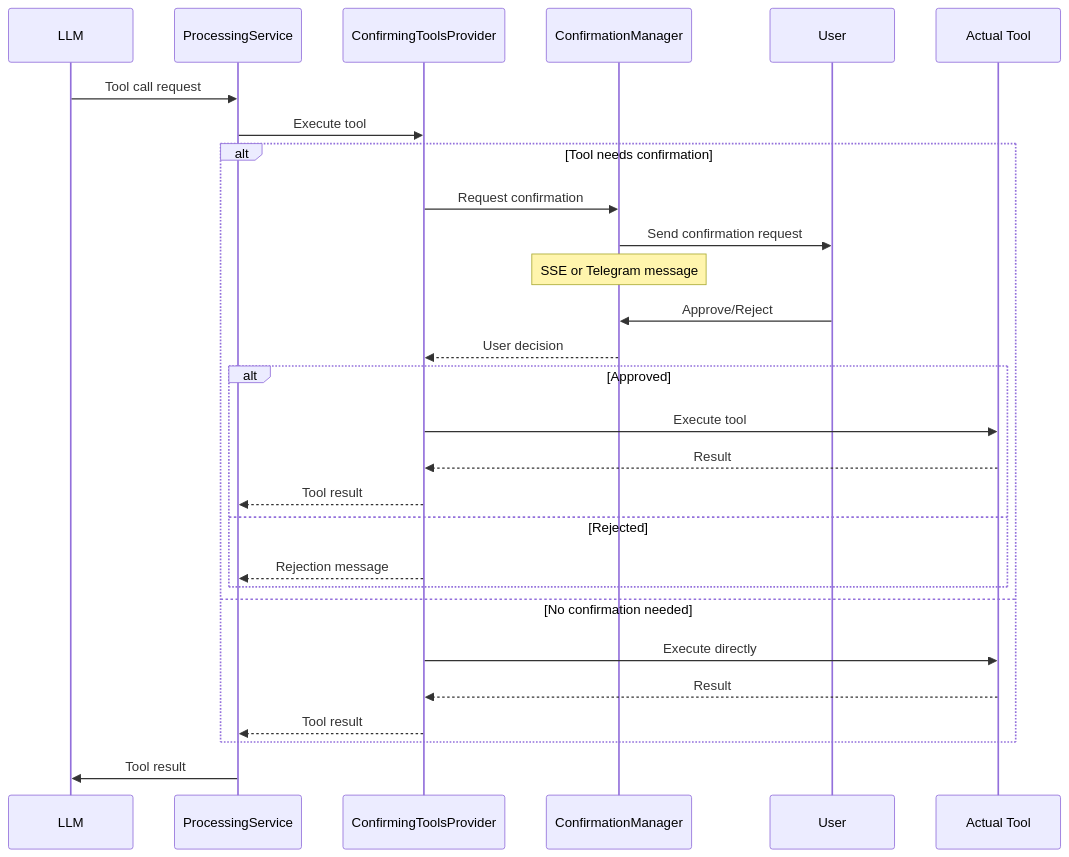
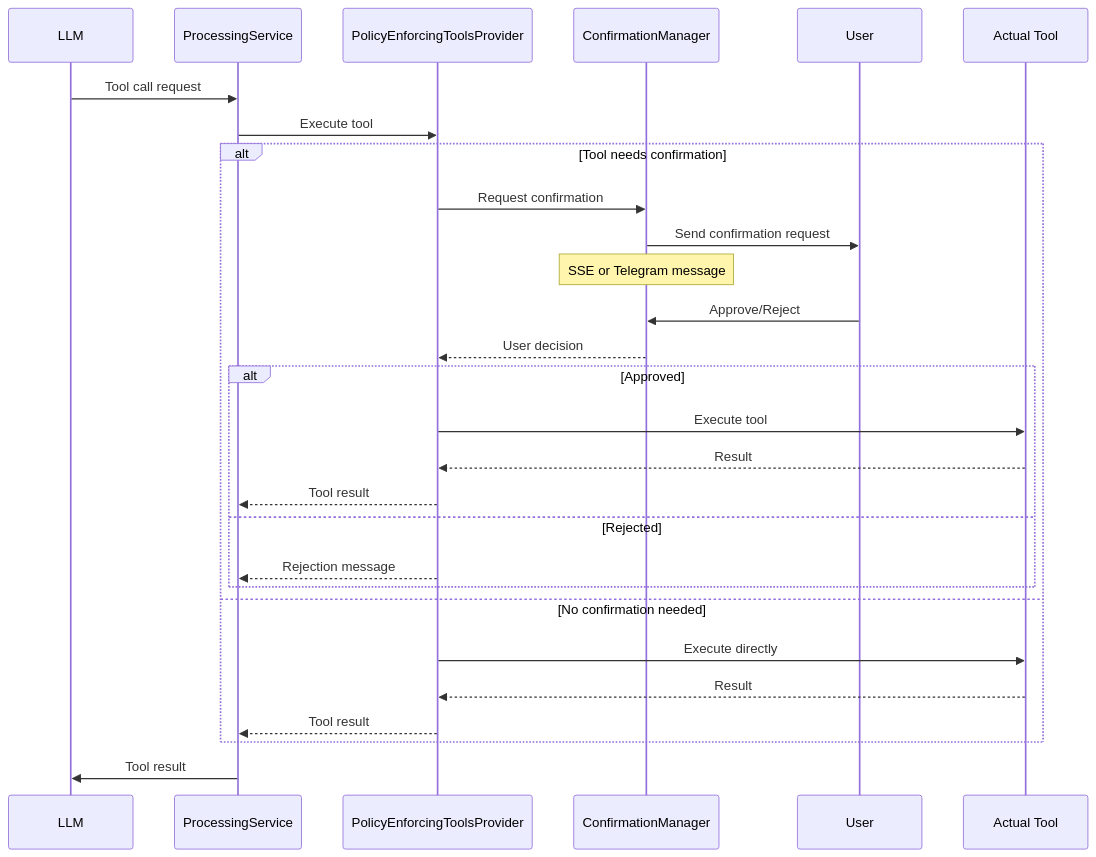
Before and after one commit to werdnum/family-assistant: the seventh of 11 diagrams in docs/architecture-diagram.md, drawn with Mermaid. The commit also changed other lines of this file and 55 other files, not shown here.

Commit message:
Complete tool policy engine cutover

````diff
--- a/docs/architecture-diagram.md
+++ b/docs/architecture-diagram.md
@@ -547,35 +546,35 @@
 ```mermaid
 sequenceDiagram
     participant LLM
     participant Processing as ProcessingService
-    participant Confirming as ConfirmingToolsProvider
+    participant Policy as PolicyEnforcingToolsProvider
     participant Manager as ConfirmationManager
     participant User
     participant Tool as Actual Tool
 
     LLM->>Processing: Tool call request
-    Processing->>Confirming: Execute tool
+    Processing->>Policy: Execute tool
     
     alt Tool needs confirmation
-        Confirming->>Manager: Request confirmation
+        Policy->>Manager: Request confirmation
         Manager->>User: Send confirmation request
         Note over Manager: SSE or Telegram message
         
         User->>Manager: Approve/Reject
-        Manager-->>Confirming: User decision
+        Manager-->>Policy: User decision
         
         alt Approved
-            Confirming->>Tool: Execute tool
-            Tool-->>Confirming: Result
-            Confirming-->>Processing: Tool result
+            Policy->>Tool: Execute tool
+            Tool-->>Policy: Result
+            Policy-->>Processing: Tool result
         else Rejected
-            Confirming-->>Processing: Rejection message
+            Policy-->>Processing: Rejection message
         end
     else No confirmation needed
-        Confirming->>Tool: Execute directly
-        Tool-->>Confirming: Result
-        Confirming-->>Processing: Tool result
+        Policy->>Tool: Execute directly
+        Tool-->>Policy: Result
+        Policy-->>Processing: Tool result
     end
     
     Processing->>LLM: Tool result
 ```
````
